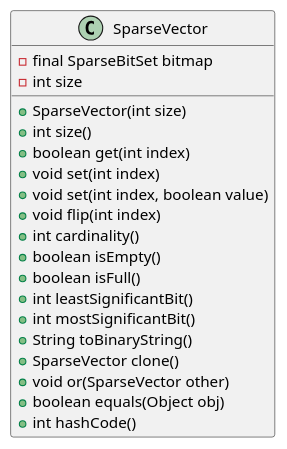
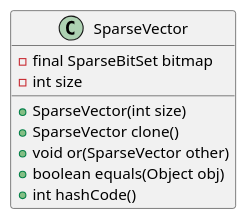
The diagram in src/main/plantuml/SparseVector.puml (Kevin-L-Github/asd-project), drawn with PlantUML before and after one commit. The commit also changed 11 other files, not shown here.

Commit message:
Altri UML

```diff
--- a/src/main/plantuml/SparseVector.puml
+++ b/src/main/plantuml/SparseVector.puml
@@ -1,24 +1,13 @@
 @startuml
 
 class SparseVector {
     - final SparseBitSet bitmap
     - int size
 
     + SparseVector(int size)
-    + int size()
-    + boolean get(int index)
-    + void set(int index)
-    + void set(int index, boolean value)
-    + void flip(int index)
-    + int cardinality()
-    + boolean isEmpty()
-    + boolean isFull()
-    + int leastSignificantBit()
-    + int mostSignificantBit()
-    + String toBinaryString()
     + SparseVector clone()
     + void or(SparseVector other)
     + boolean equals(Object obj)
     + int hashCode()
 }
 @enduml
```
